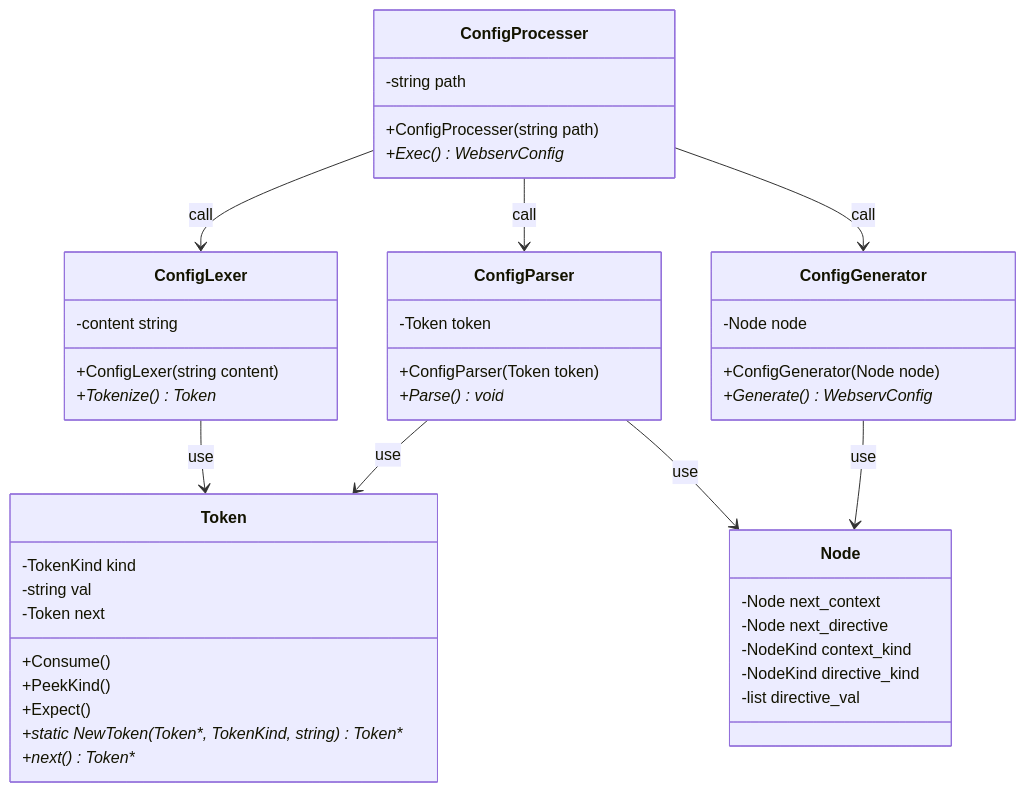
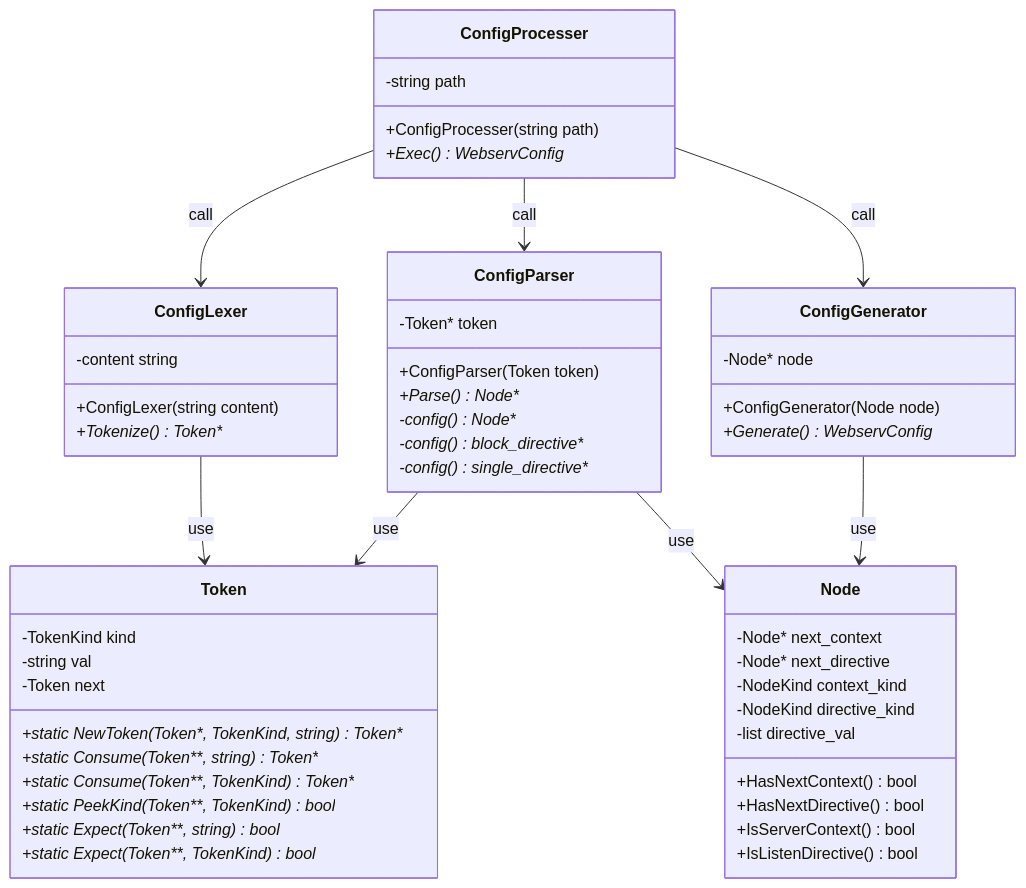
The diagram in docs/class/config_parser_class.md (katataku/webserv), drawn with Mermaid before and after one commit. The commit also changed other lines of this file, not shown here.

Commit message:
fix: クラス図にメンバを追加し、トークンとノードのkindを追加

````diff
--- a/docs/class/config_parser_class.md
+++ b/docs/class/config_parser_class.md
@@ -1,59 +1,67 @@
 ```mermaid
 classDiagram
     ConfigProcesser --> ConfigLexer : call
     ConfigProcesser --> ConfigParser : call
     ConfigProcesser --> ConfigGenerator : call
     ConfigLexer --> Token : use
     ConfigParser --> Token : use
     ConfigParser --> Node : use
     ConfigGenerator --> Node : use
 
     %% configファイルを解釈してWebservConfigを作成するところまでを担当 %%
     class ConfigProcesser {
       +ConfigProcesser(string path)
       +Exec()* WebservConfig
       -string path
     }
 
     %% configファイルの内容を字句解析するところまでを担当 %%
     class ConfigLexer {
       +ConfigLexer(string content)
-      +Tokenize()* Token
+      +Tokenize()* Token*
       -content string
     }
 
     %% 軸解析後のトークンを構文解析するところまでを担当 %%
     class ConfigParser {
       +ConfigParser(Token token)
-      +Parse()* void
-      -Token token
+      +Parse()* Node*
+      -config()* Node*
+      -config()* block_directive*
+      -config()* single_directive*
+      -Token* token
     }
 
     %% 構文解析後のノードを元にWebservConfigを作成するところまでを担当 %%
     class ConfigGenerator {
       +ConfigGenerator(Node node)
       +Generate()* WebservConfig
-      -Node node
+      -Node* node
     }
 
     %% 字句解析後のトークンを表すクラス %%
     class Token {
-        +Consume()
-        +PeekKind()
-        +Expect()
         +static NewToken(Token*, TokenKind, string)* Token*
-        +next()* Token*
+        +static Consume(Token**, string)* Token*
+        +static Consume(Token**, TokenKind)* Token*
+        +static PeekKind(Token**, TokenKind)* bool
+        +static Expect(Token**, string)* bool
+        +static Expect(Token**, TokenKind)* bool
         -TokenKind kind
         -string val
         -Token next
     }
 
     %% 構文解析後のノードを表すクラス %%
     class Node {
-      -Node next_context
-      -Node next_directive
+      +HasNextContext() bool
+      +HasNextDirective() bool
+      +IsServerContext() bool
+      +IsListenDirective() bool
+      -Node* next_context
+      -Node* next_directive
       -NodeKind context_kind
       -NodeKind directive_kind
       -list<string> directive_val
     }
 ```
````
